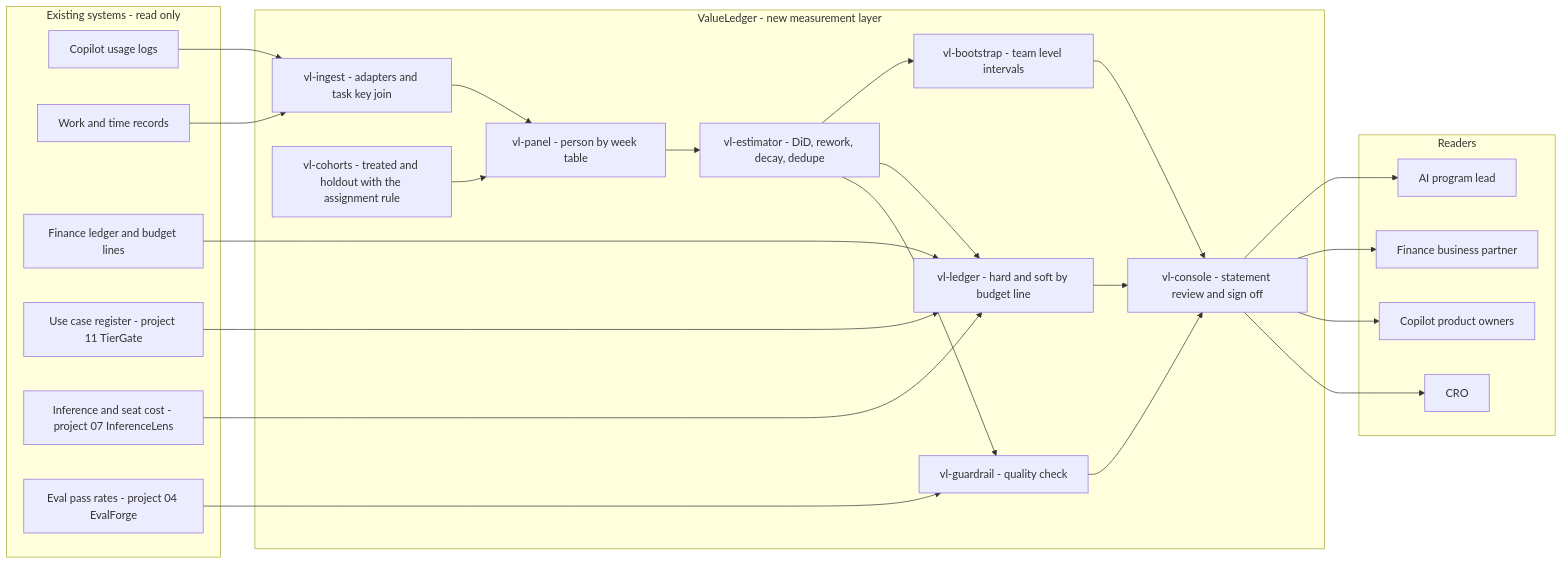
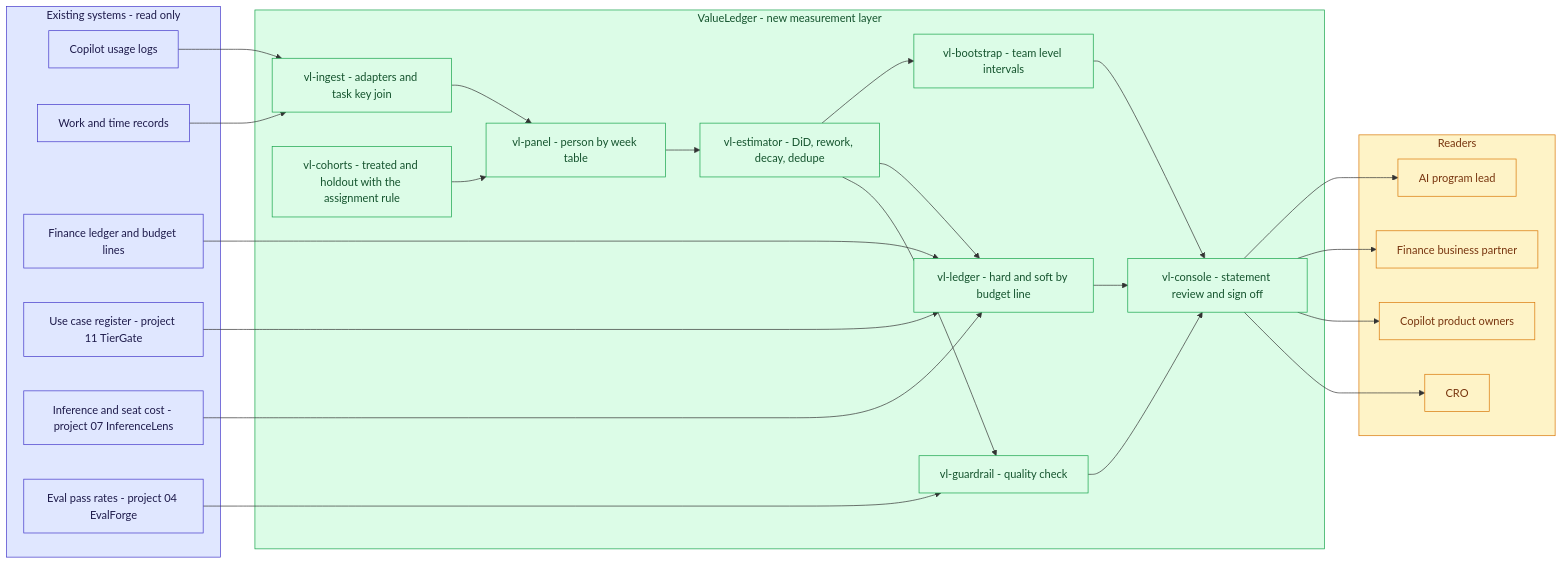
Before and after one commit to Vj-shipped-anyway/ai-pm-portfolio: the first of 2 diagrams in 12-valueledger-ai-benefit-tracking/README.md, drawn with Mermaid. The commit also changed 3 other files, not shown here.

First line of the commit message:
ValueLedger (AI benefit realization tracking): restyle the app and demo to match HalluGuard, color the system diagram

````diff
--- a/12-valueledger-ai-benefit-tracking/README.md
+++ b/12-valueledger-ai-benefit-tracking/README.md
@@ -590,49 +590,56 @@
 ```mermaid
 flowchart LR
     subgraph SOURCES["Existing systems - read only"]
         USAGE["Copilot usage logs"]
         WORK["Work and time records"]
         FIN["Finance ledger and budget lines"]
         REG["Use case register - project 11 TierGate"]
         COST["Inference and seat cost - project 07 InferenceLens"]
         EVAL["Eval pass rates - project 04 EvalForge"]
     end
 
     subgraph VL["ValueLedger - new measurement layer"]
         INGEST["vl-ingest - adapters and task key join"]
         COHORT["vl-cohorts - treated and holdout with the assignment rule"]
         PANEL["vl-panel - person by week table"]
         EST["vl-estimator - DiD, rework, decay, dedupe"]
         BOOT["vl-bootstrap - team level intervals"]
         BOOKS["vl-ledger - hard and soft by budget line"]
         GUARD["vl-guardrail - quality check"]
         CONSOLE["vl-console - statement review and sign off"]
     end
 
     subgraph USERS["Readers"]
         PL["AI program lead"]
         FBP["Finance business partner"]
         PO["Copilot product owners"]
         CRO["CRO"]
     end
 
     USAGE --> INGEST
     WORK --> INGEST
     INGEST --> PANEL
     COHORT --> PANEL
     PANEL --> EST
     EST --> BOOT
     EST --> BOOKS
     FIN --> BOOKS
     REG --> BOOKS
     COST --> BOOKS
     EVAL --> GUARD
     EST --> GUARD
     BOOT --> CONSOLE
     BOOKS --> CONSOLE
     GUARD --> CONSOLE
     CONSOLE --> PL
     CONSOLE --> FBP
     CONSOLE --> PO
     CONSOLE --> CRO
+
+    classDef existing fill:#e0e7ff,stroke:#4338ca,color:#1e1b4b
+    classDef new fill:#dcfce7,stroke:#16a34a,color:#14532d
+    classDef nbr fill:#fef3c7,stroke:#d97706,color:#78350f
+    class SOURCES,USAGE,WORK,FIN,REG,COST,EVAL existing
+    class VL,INGEST,COHORT,PANEL,EST,BOOT,BOOKS,GUARD,CONSOLE new
+    class USERS,PL,FBP,PO,CRO nbr
 ```
````
